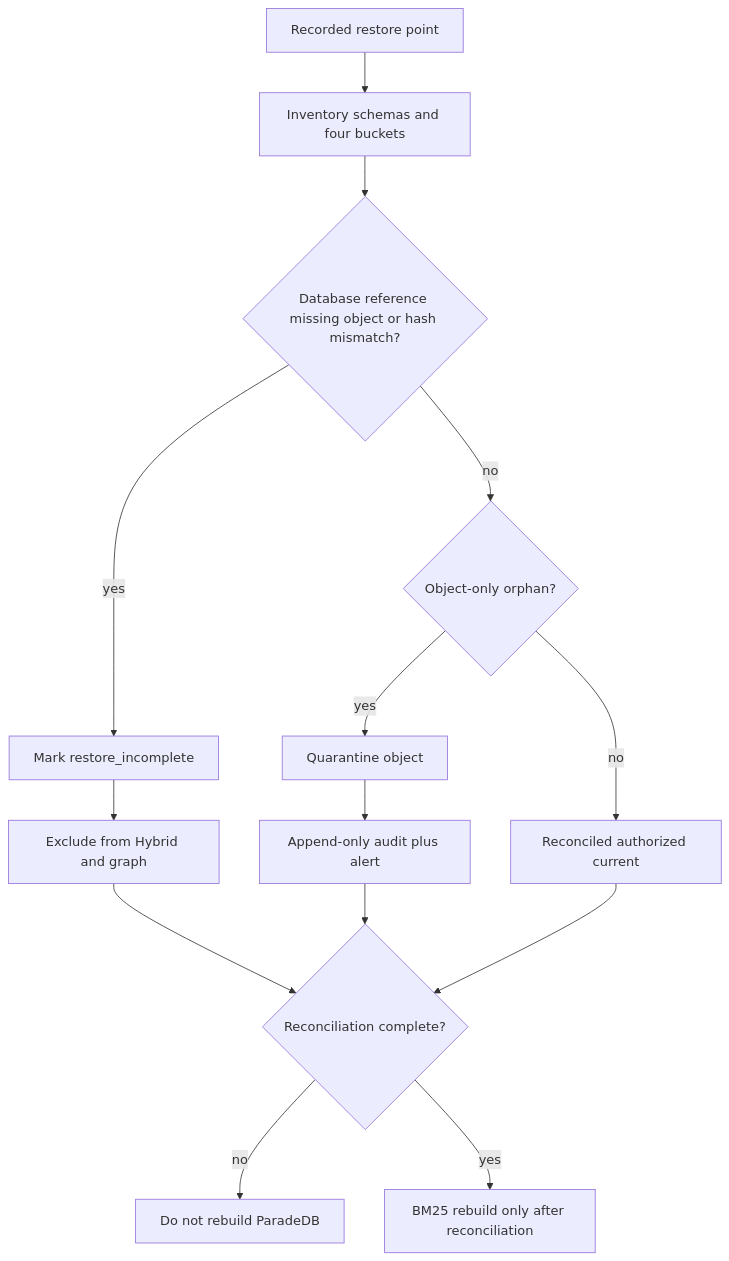
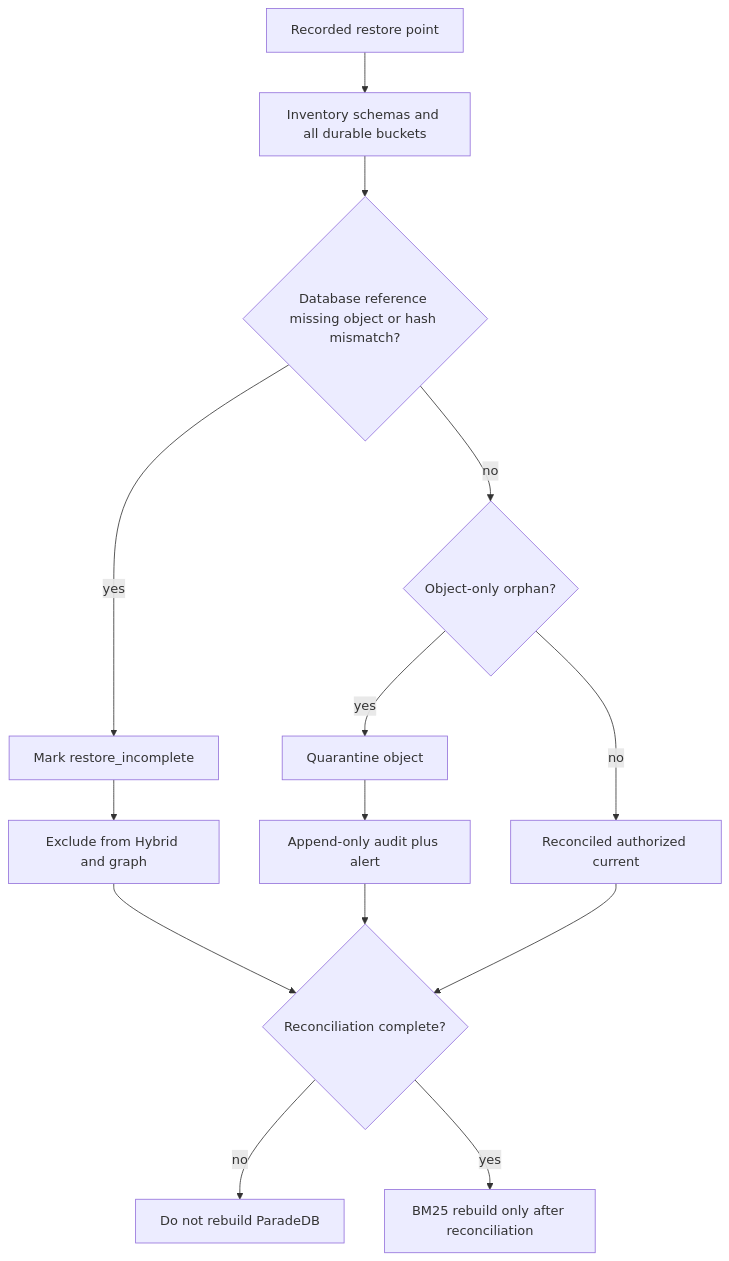
The diagram in docs/runbooks/storage-db-reconciliation.md (Nagdy8888/smart-rag), drawn with Mermaid before and after one commit. The commit also changed other lines of this file and 197 other files, not shown here.

````diff
--- a/docs/runbooks/storage-db-reconciliation.md
+++ b/docs/runbooks/storage-db-reconciliation.md
@@ -27,16 +27,16 @@
 ```mermaid
 flowchart TD
-  restore["Recorded restore point"] --> inventory["Inventory schemas and four buckets"]
+  restore["Recorded restore point"] --> inventory["Inventory schemas and all durable buckets"]
   inventory --> missing{"Database reference missing object or hash mismatch?"}
   missing -->|yes| incomplete["Mark restore_incomplete"]
   incomplete --> exclude["Exclude from Hybrid and graph"]
   missing -->|no| orphan{"Object-only orphan?"}
   orphan -->|yes| quarantine["Quarantine object"]
   quarantine --> audit["Append-only audit plus alert"]
   orphan -->|no| ready["Reconciled authorized current"]
   exclude --> gate{"Reconciliation complete?"}
   audit --> gate
   ready --> gate
   gate -->|no| stop["Do not rebuild ParadeDB"]
   gate -->|yes| rebuild["BM25 rebuild only after reconciliation"]
 ```
````
